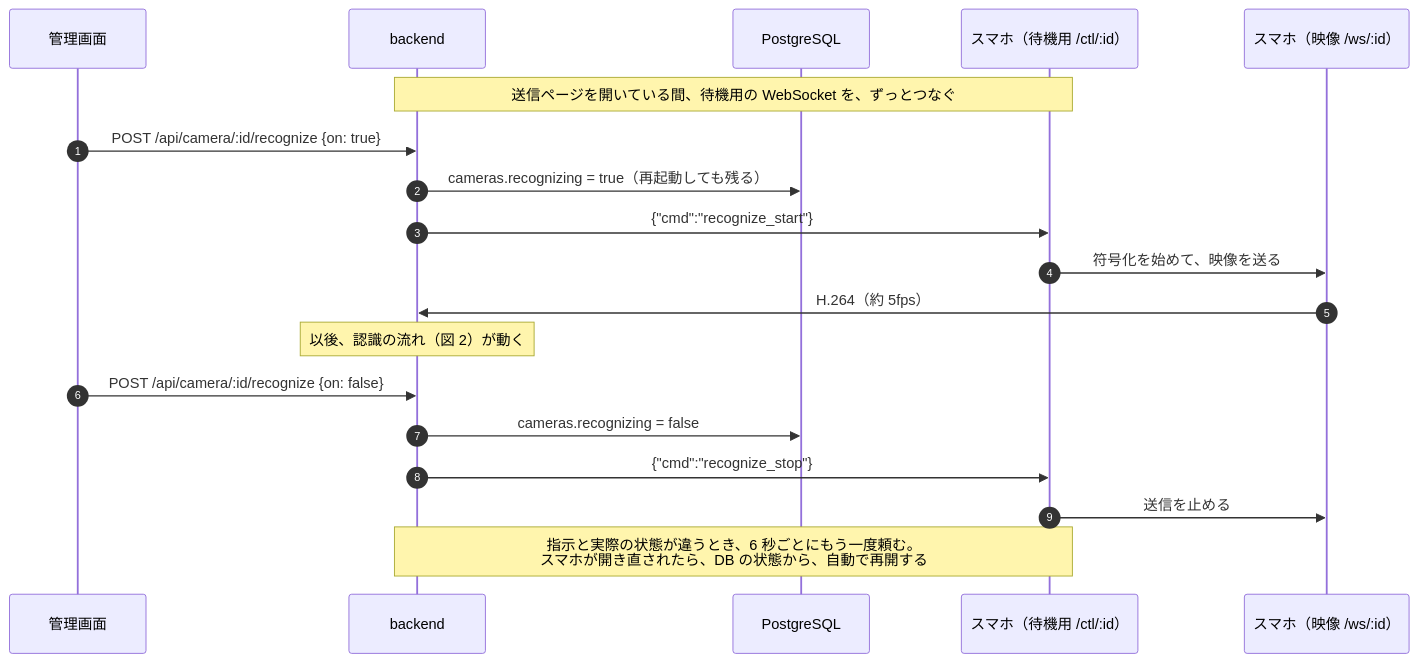
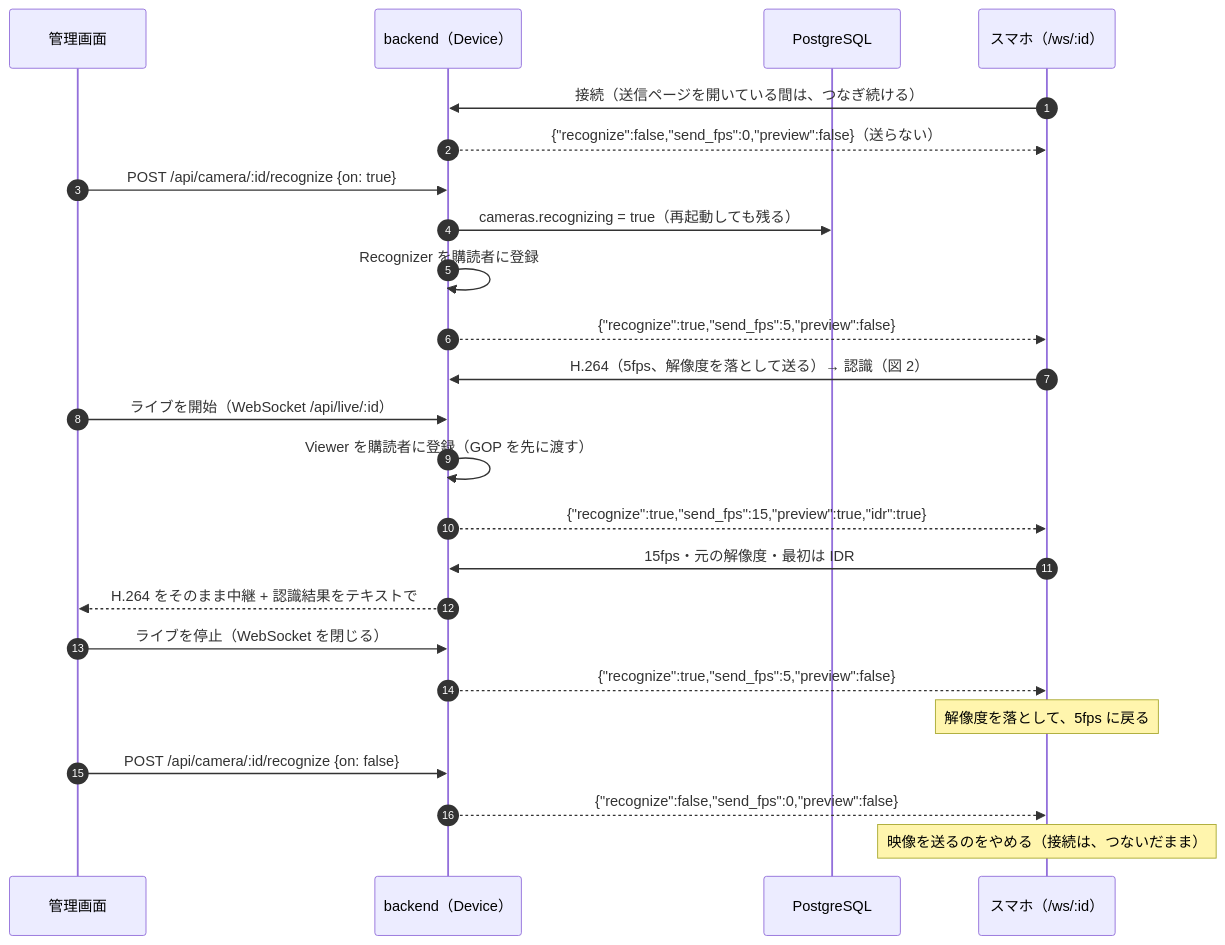
Before and after one commit to re-kousei-s/technical-verification: the fourth of 11 diagrams in ARCHITECTURE.md, drawn with Mermaid. The commit also changed other lines of this file and 1 other file, not shown here.

Commit message:
docs: 新しい構成に合わせて README と ARCHITECTURE を更新

````diff
--- a/ARCHITECTURE.md
+++ b/ARCHITECTURE.md
@@ -98,22 +120,31 @@
 ```mermaid
 sequenceDiagram
   autonumber
   participant Ad as 管理画面
-  participant Be as backend
+  participant Be as backend（Device）
   participant Pg as PostgreSQL
-  participant Ct as スマホ（待機用 /ctl/:id）
-  participant Ph as スマホ（映像 /ws/:id）
+  participant Ph as スマホ（/ws/:id）
 
-  Note over Ct,Be: 送信ページを開いている間、待機用の WebSocket を、ずっとつなぐ
+  Ph->>Be: 接続（送信ページを開いている間は、つなぎ続ける）
+  Be-->>Ph: {"recognize":false,"send_fps":0,"preview":false}（送らない）
+
   Ad->>Be: POST /api/camera/:id/recognize {on: true}
   Be->>Pg: cameras.recognizing = true（再起動しても残る）
-  Be->>Ct: {"cmd":"recognize_start"}
-  Ct->>Ph: 符号化を始めて、映像を送る
-  Ph->>Be: H.264（約 5fps）
-  Note over Be: 以後、認識の流れ（図 2）が動く
+  Be->>Be: Recognizer を購読者に登録
+  Be-->>Ph: {"recognize":true,"send_fps":5,"preview":false}
+  Ph->>Be: H.264（5fps、解像度を落として送る）→ 認識（図 2）
+
+  Ad->>Be: ライブを開始（WebSocket /api/live/:id）
+  Be->>Be: Viewer を購読者に登録（GOP を先に渡す）
+  Be-->>Ph: {"recognize":true,"send_fps":15,"preview":true,"idr":true}
+  Ph->>Be: 15fps・元の解像度・最初は IDR
+  Be-->>Ad: H.264 をそのまま中継 + 認識結果をテキストで
+
+  Ad->>Be: ライブを停止（WebSocket を閉じる）
+  Be-->>Ph: {"recognize":true,"send_fps":5,"preview":false}
+  Note over Ph: 解像度を落として、5fps に戻る
+
   Ad->>Be: POST /api/camera/:id/recognize {on: false}
-  Be->>Pg: cameras.recognizing = false
-  Be->>Ct: {"cmd":"recognize_stop"}
-  Ct->>Ph: 送信を止める
-  Note over Be,Ct: 指示と実際の状態が違うとき、6 秒ごとにもう一度頼む。<br/>スマホが開き直されたら、DB の状態から、自動で再開する
+  Be-->>Ph: {"recognize":false,"send_fps":0,"preview":false}
+  Note over Ph: 映像を送るのをやめる（接続は、つないだまま）
 ```
````
